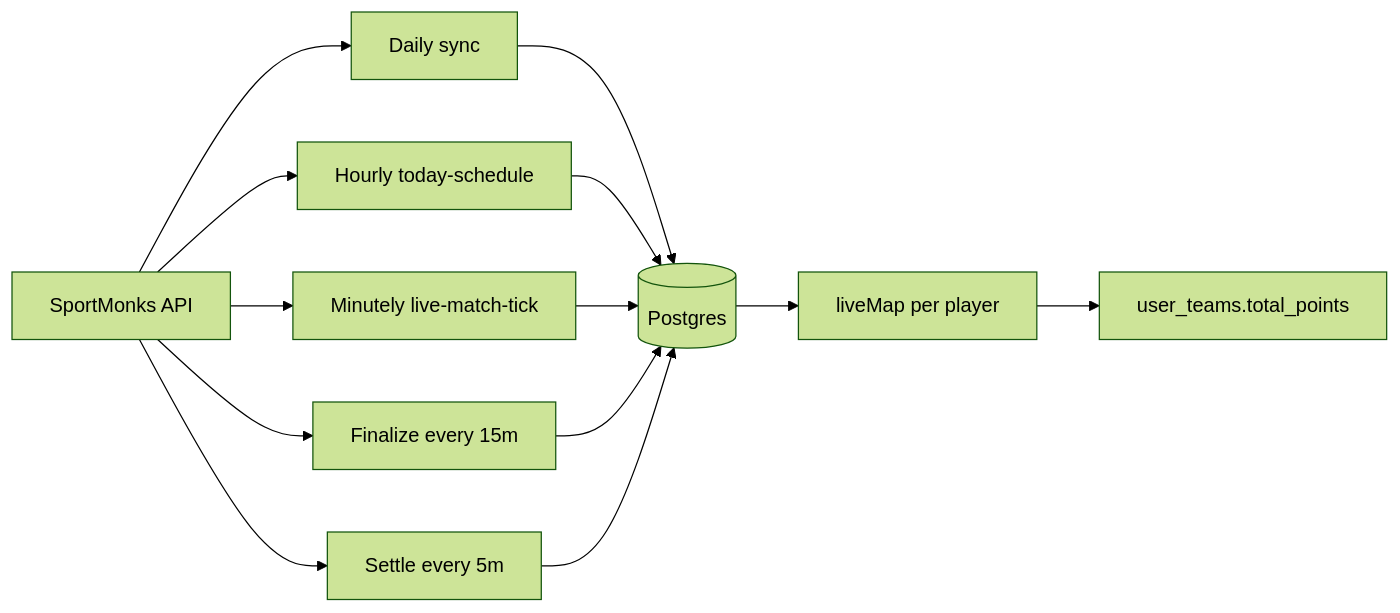
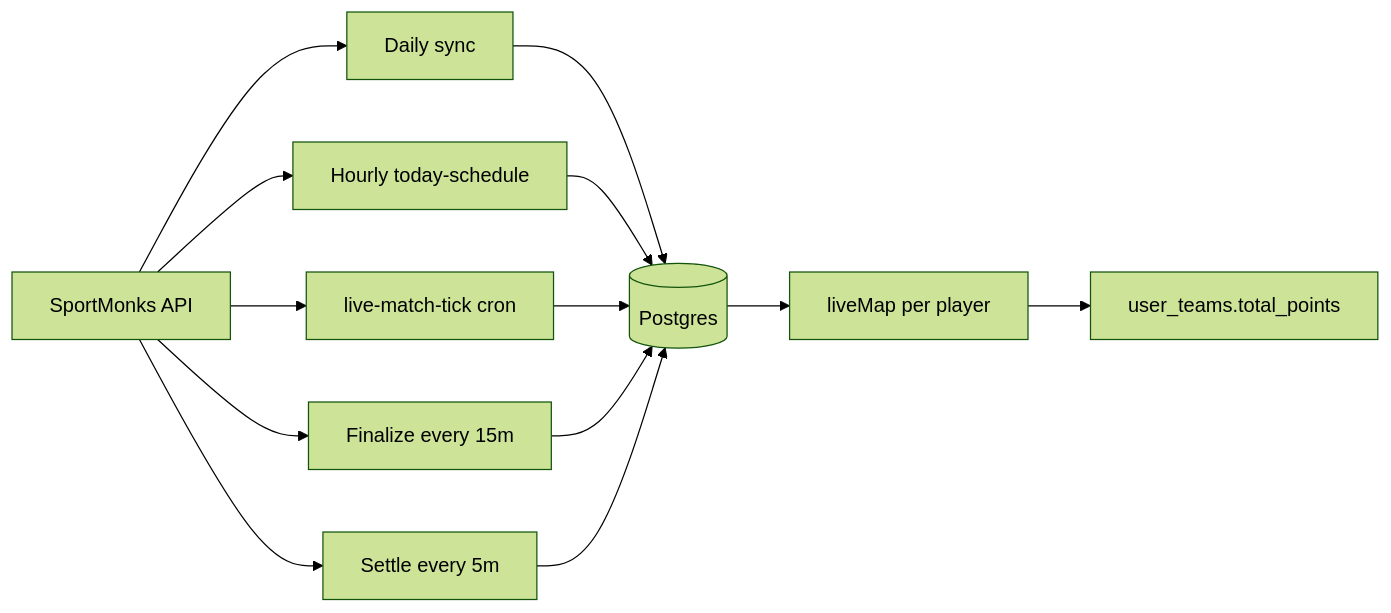
One commit to datandleorg/dream12 changed the diagram in docs/sportmonks-data-collection-and-scoring.md. Above: the diagram before and after it, drawn with Mermaid (forest theme). The commit also changed other lines of this file and 26 other files, not shown here.

First line of the commit message:
feat: update cron job schedule for live match ticks and enhance related documentation

````diff
--- a/docs/sportmonks-data-collection-and-scoring.md
+++ b/docs/sportmonks-data-collection-and-scoring.md
@@ -9,16 +9,16 @@
 ```mermaid
 flowchart LR
   SM[SportMonks API]
   SM --> CronSync[Daily sync]
   SM --> TodayHr[Hourly today-schedule]
-  SM --> Pipe[Minutely live-match-tick]
+  SM --> Pipe[live-match-tick cron]
   SM --> Finalize[Finalize every 15m]
   SM --> Settle[Settle every 5m]
   CronSync --> DB[(Postgres)]
   TodayHr --> DB
   Pipe --> DB
   Finalize --> DB
   Settle --> DB
   DB --> LiveMap[liveMap per player]
   LiveMap --> UT[user_teams.total_points]
 ```
````
